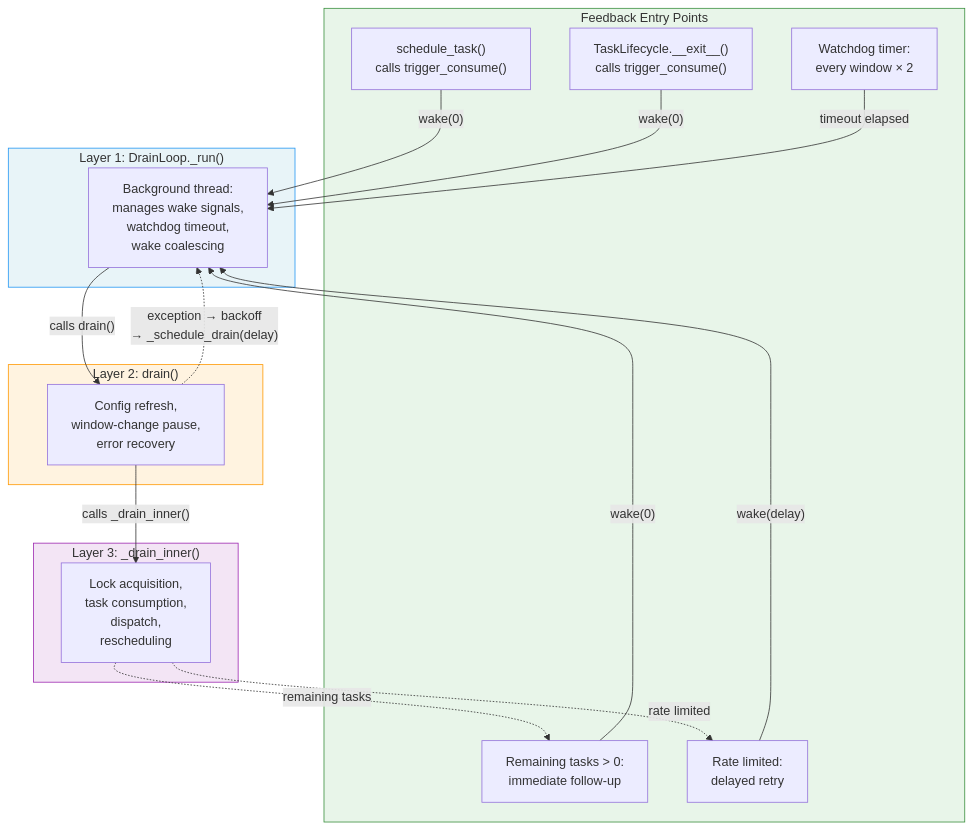
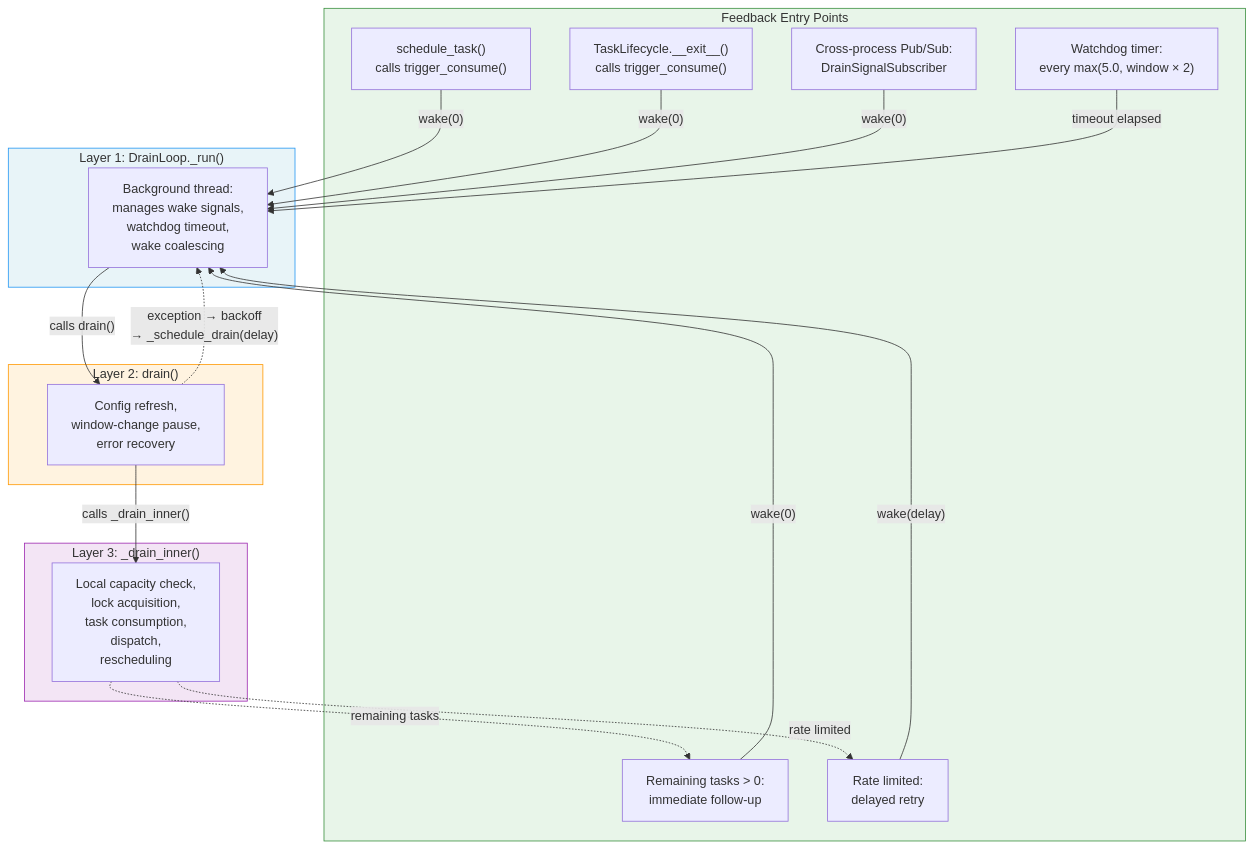
The first of 4 diagrams in docs/architecture/drain-flow.md (melroy999/redis-rate-limiter), drawn with Mermaid before and after one commit. The commit also changed other lines of this file and 53 other files, not shown here.

Commit message:
[/worker-limiter] Added Prometheus metrics integration, demo infrastructure, and K8s manifests. Fixed dispatch lock starvation (contention-aware cooldown) and added local capacity guard. Made the drain thread more robust (auto-recovery, exception handling, cross-process Pub/Sub notification).

````diff
--- a/docs/architecture/drain-flow.md
+++ b/docs/architecture/drain-flow.md
@@ -7,40 +7,42 @@
 ```mermaid
 flowchart TD
     subgraph Triggers ["Feedback Entry Points"]
         T_SCHEDULE["schedule_task()\ncalls trigger_consume()"]
         T_LIFECYCLE["TaskLifecycle.__exit__()\ncalls trigger_consume()"]
+        T_PUBSUB["Cross-process Pub/Sub:\nDrainSignalSubscriber"]
         T_FOLLOWUP["Remaining tasks > 0:\nimmediate follow-up"]
         T_RATE["Rate limited:\ndelayed retry"]
-        T_WATCHDOG["Watchdog timer:\nevery window × 2"]
+        T_WATCHDOG["Watchdog timer:\nevery max(5.0, window × 2)"]
     end
 
     subgraph L1 ["Layer 1: DrainLoop._run()"]
         L1_BLOCK["Background thread:\nmanages wake signals,\nwatchdog timeout,\nwake coalescing"]
     end
 
     subgraph L2 ["Layer 2: drain()"]
         L2_BLOCK["Config refresh,\nwindow-change pause,\nerror recovery"]
     end
 
     subgraph L3 ["Layer 3: _drain_inner()"]
-        L3_BLOCK["Lock acquisition,\ntask consumption,\ndispatch,\nrescheduling"]
+        L3_BLOCK["Local capacity check,\nlock acquisition,\ntask consumption,\ndispatch,\nrescheduling"]
     end
 
     T_SCHEDULE -- "wake(0)" --> L1_BLOCK
     T_LIFECYCLE -- "wake(0)" --> L1_BLOCK
+    T_PUBSUB -- "wake(0)" --> L1_BLOCK
     T_FOLLOWUP -- "wake(0)" --> L1_BLOCK
     T_RATE -- "wake(delay)" --> L1_BLOCK
     T_WATCHDOG -- "timeout elapsed" --> L1_BLOCK
 
     L1_BLOCK -- "calls drain()" --> L2_BLOCK
     L2_BLOCK -- "calls _drain_inner()" --> L3_BLOCK
 
     L3_BLOCK -. "remaining tasks" .-> T_FOLLOWUP
     L3_BLOCK -. "rate limited" .-> T_RATE
     L2_BLOCK -. "exception → backoff\n→ _schedule_drain(delay)" .-> L1_BLOCK
 
     style Triggers fill:#e8f5e9,stroke:#388E3C
     style L1 fill:#e8f4f8,stroke:#2196F3
     style L2 fill:#fff3e0,stroke:#FF9800
     style L3 fill:#f3e5f5,stroke:#9C27B0
 ```
````
